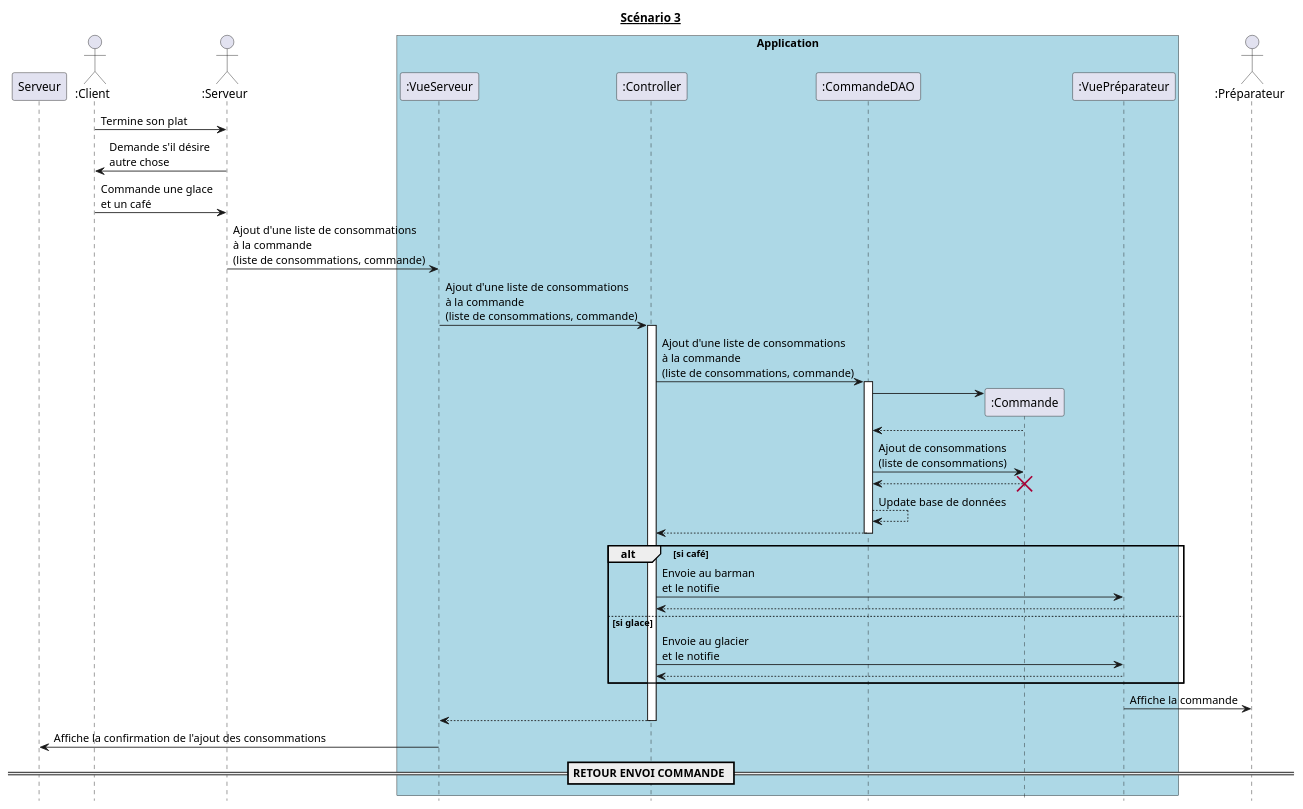
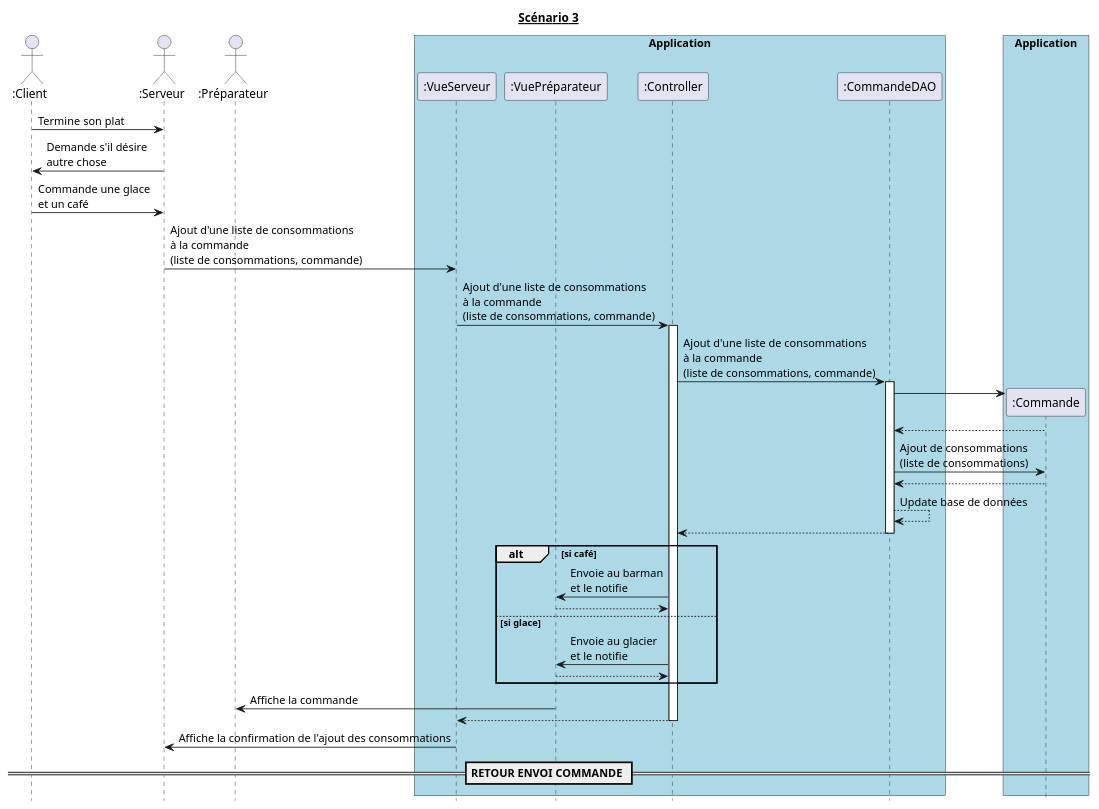
One commit to hulskenA/GL-Les_seigneurs_du_resto changed the diagram in diagrammes_sequences_detailles/dss3.md. Above: the diagram before and after it, drawn with PlantUML. The commit also changed 7 other files, not shown here.

````diff
--- a/diagrammes_sequences_detailles/dss3.md
+++ b/diagrammes_sequences_detailles/dss3.md
@@ -1,59 +1,61 @@
 ```puml
 @startuml
 hide footbox
 title __Scénario 3__
 
 
 actor ":Client" as client order 10
 actor ":Serveur" as serveur order 20
-actor ":Préparateur" as preparateur order 80
+actor ":Préparateur" as preparateur order 30
 
 box "Application" #Lightblue
-    participant ":VueServeur" as VueServeur order 30
-    participant ":Controller" as Controller order 40
-    participant ":CommandeDAO" as CommandeDAO order 50
-    participant ":Commande" as Commande order 60
-    participant ":VuePréparateur" as VuePréparateur order 70
+    participant ":VueServeur" as VueServeur order 40
+    participant ":VuePréparateur" as VuePréparateur order 50
+    participant ":Controller" as Controller order 60
+    participant ":CommandeDAO" as CommandeDAO order 70
+endbox
+
+box "Application" #Lightblue
+  participant ":Commande" as Commande order 80
 endbox
 
 client -> serveur : Termine son plat
 client <- serveur : Demande s'il désire\nautre chose
 client -> serveur : Commande une glace\net un café
 
 serveur -> VueServeur : Ajout d'une liste de consommations \nà la commande\n(liste de consommations, commande)
 VueServeur -> Controller : Ajout d'une liste de consommations \nà la commande\n(liste de consommations, commande)
 activate Controller
 Controller -> CommandeDAO : Ajout d'une liste de consommations \nà la commande\n(liste de consommations, commande)
 
 activate CommandeDAO
   create Commande
     CommandeDAO -> Commande
     CommandeDAO <-- Commande
     CommandeDAO -> Commande : Ajout de consommations\n(liste de consommations)
     Commande --> CommandeDAO
-  destroy Commande
 CommandeDAO --> CommandeDAO :  Update base de données
 Controller <-- CommandeDAO
 deactivate CommandeDAO
 
 
 alt si café
     Controller -> VuePréparateur : Envoie au barman\net le notifie
     VuePréparateur --> Controller
 else si glace
     Controller -> VuePréparateur : Envoie au glacier\net le notifie
     VuePréparateur --> Controller
 end
 
 
 VuePréparateur -> preparateur : Affiche la commande
 
 Controller --> VueServeur
 deactivate Controller
 
-VueServeur -> Serveur : Affiche la confirmation de l'ajout des consommations
+VueServeur -> serveur : Affiche la confirmation de l'ajout des consommations
 
 == RETOUR ENVOI COMMANDE ==
 
 @enduml
 ```
````
